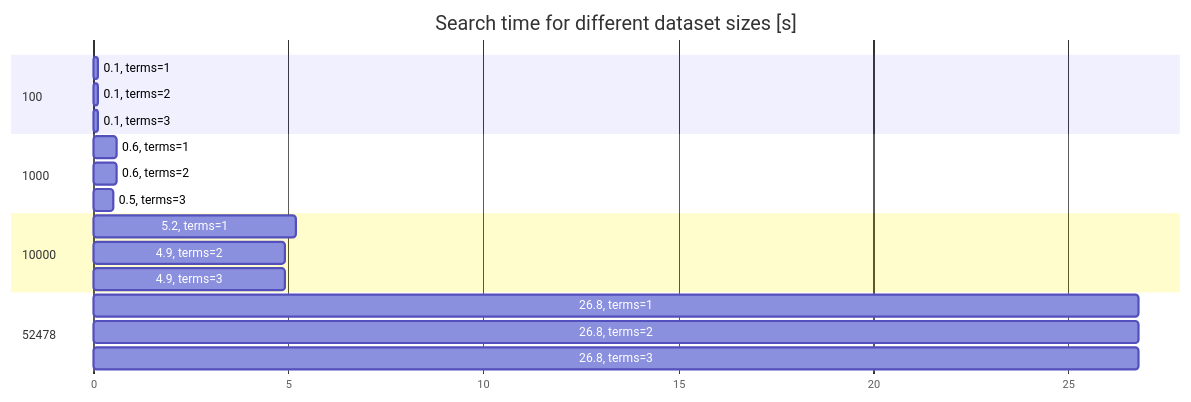
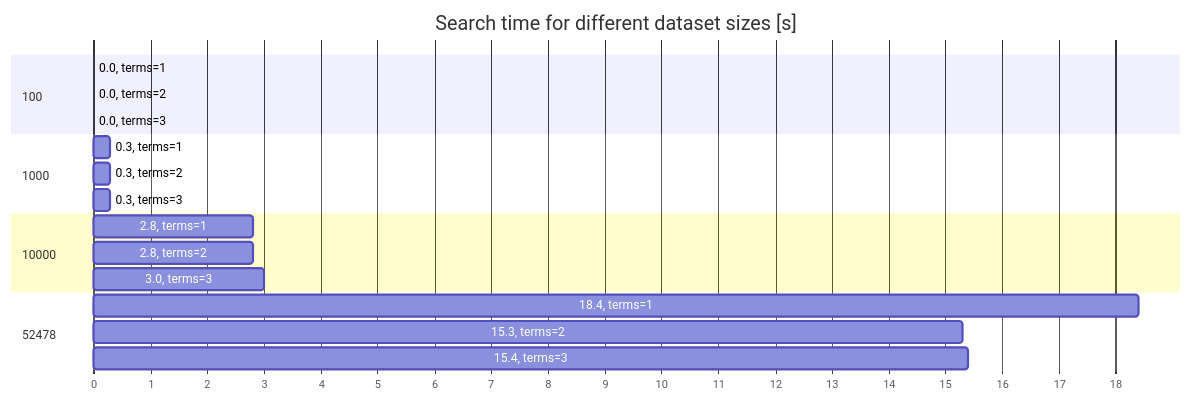
One commit to dmarsic/tinysearch changed the diagram in README.md. Above: the diagram before and after it, drawn with Mermaid. The commit also changed 1 other file, not shown here.

Commit message:
fix: improve performance by using list comprehension when removing nonchars

````diff
--- a/README.md
+++ b/README.md
@@ -105,26 +105,26 @@
 ```mermaid
 gantt
 title Search time for different dataset sizes [s]
 dateFormat X
 axisFormat %s
 
 section 100
-0.1, terms=1 : 0, 0.1s
-0.1, terms=2 : 0, 0.1s
-0.1, terms=3 : 0, 0.1s
+0.0, terms=1 : 0, 0.0s
+0.0, terms=2 : 0, 0.0s
+0.0, terms=3 : 0, 0.0s
 
 section 1000
-0.6, terms=1 : 0, 0.6s
-0.6, terms=2 : 0, 0.6s
-0.5, terms=3 : 0, 0.5s
+0.3, terms=1 : 0, 0.3s
+0.3, terms=2 : 0, 0.3s
+0.3, terms=3 : 0, 0.3s
 
 section 10000
-5.2, terms=1 : 0, 5.2s
-4.9, terms=2 : 0, 4.9s
-4.9, terms=3 : 0, 4.9s
+2.8, terms=1 : 0, 2.8s
+2.8, terms=2 : 0, 2.8s
+3.0, terms=3 : 0, 3.0s
 
 section 52478
-26.8, terms=1 : 0, 26.8s
-26.8, terms=2 : 0, 26.8s
-26.8, terms=3 : 0, 26.8s
+18.4, terms=1 : 0, 18.4s
+15.3, terms=2 : 0, 15.3s
+15.4, terms=3 : 0, 15.4s
 ```
````
